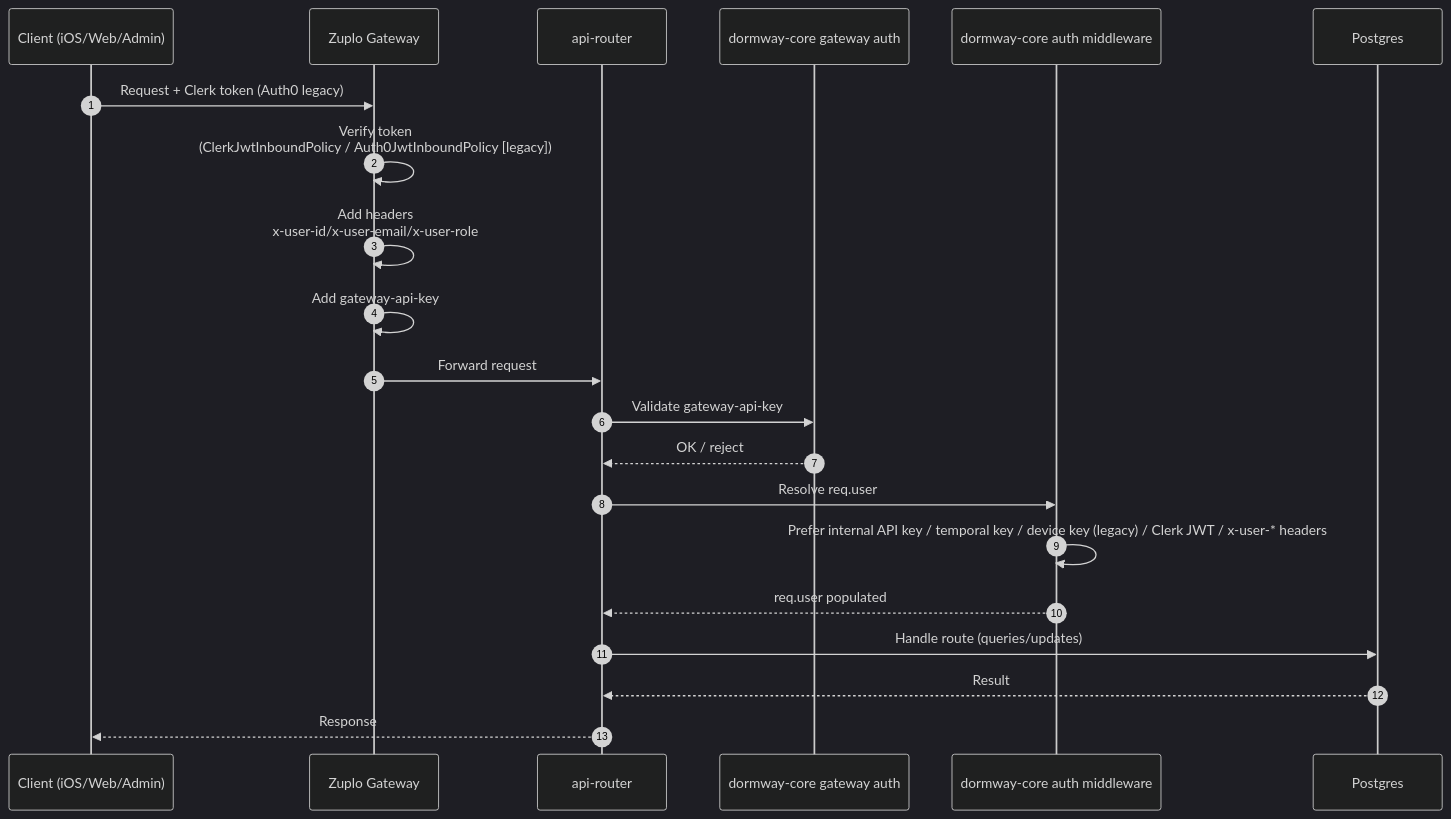
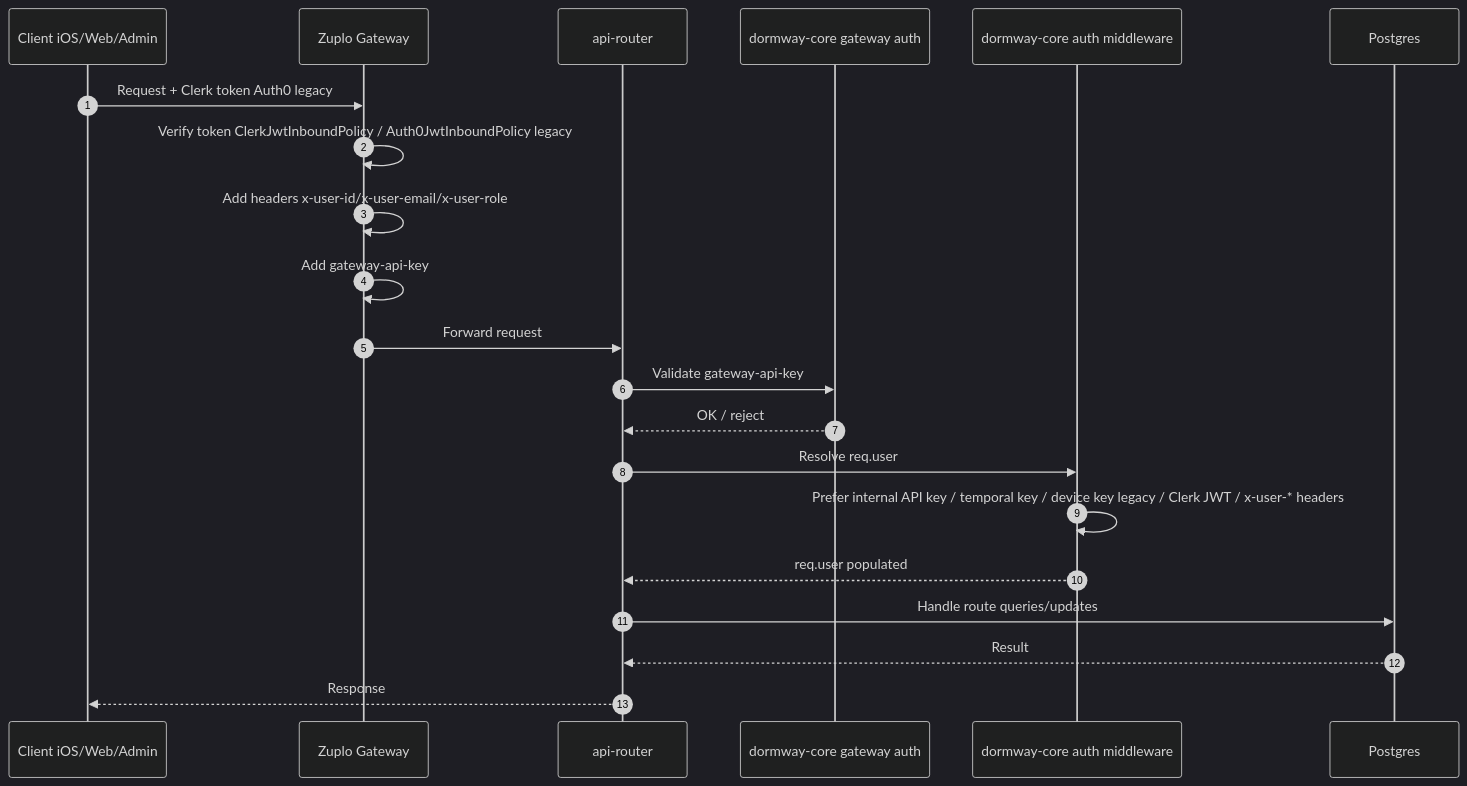
Before and after one commit to DormWay/mintlify-docs: the third of 23 diagrams in docs/engineering/architecture/how-dormway-works.mdx, drawn with Mermaid (dark theme). The commit also changed other lines of this file, not shown here.

First line of the commit message:
fix: sanitize all 23 mermaid diagrams for Mermaid 11.x

````diff
--- a/docs/engineering/architecture/how-dormway-works.mdx
+++ b/docs/engineering/architecture/how-dormway-works.mdx
@@ -253,24 +253,24 @@
 ```mermaid
 sequenceDiagram
   autonumber
-  participant Client as Client (iOS/Web/Admin)
+  participant Client as Client iOS/Web/Admin
   participant Zuplo as Zuplo Gateway
   participant API as api-router
   participant CoreGW as dormway-core gateway auth
   participant CoreAuth as dormway-core auth middleware
   participant DB as Postgres
 
-  Client->>Zuplo: Request + Clerk token (Auth0 legacy)
-  Zuplo->>Zuplo: Verify token<br>(ClerkJwtInboundPolicy / Auth0JwtInboundPolicy [legacy])
-  Zuplo->>Zuplo: Add headers<br>x-user-id/x-user-email/x-user-role
+  Client->>Zuplo: Request + Clerk token Auth0 legacy
+  Zuplo->>Zuplo: Verify token ClerkJwtInboundPolicy / Auth0JwtInboundPolicy legacy
+  Zuplo->>Zuplo: Add headers x-user-id/x-user-email/x-user-role
   Zuplo->>Zuplo: Add gateway-api-key
   Zuplo->>API: Forward request
   API->>CoreGW: Validate gateway-api-key
   CoreGW-->>API: OK / reject
   API->>CoreAuth: Resolve req.user
-  CoreAuth->>CoreAuth: Prefer internal API key / temporal key / device key (legacy) / Clerk JWT / x-user-* headers
+  CoreAuth->>CoreAuth: Prefer internal API key / temporal key / device key legacy / Clerk JWT / x-user-* headers
   CoreAuth-->>API: req.user populated
-  API->>DB: Handle route (queries/updates)
+  API->>DB: Handle route queries/updates
   DB-->>API: Result
   API-->>Client: Response
 ```
````
